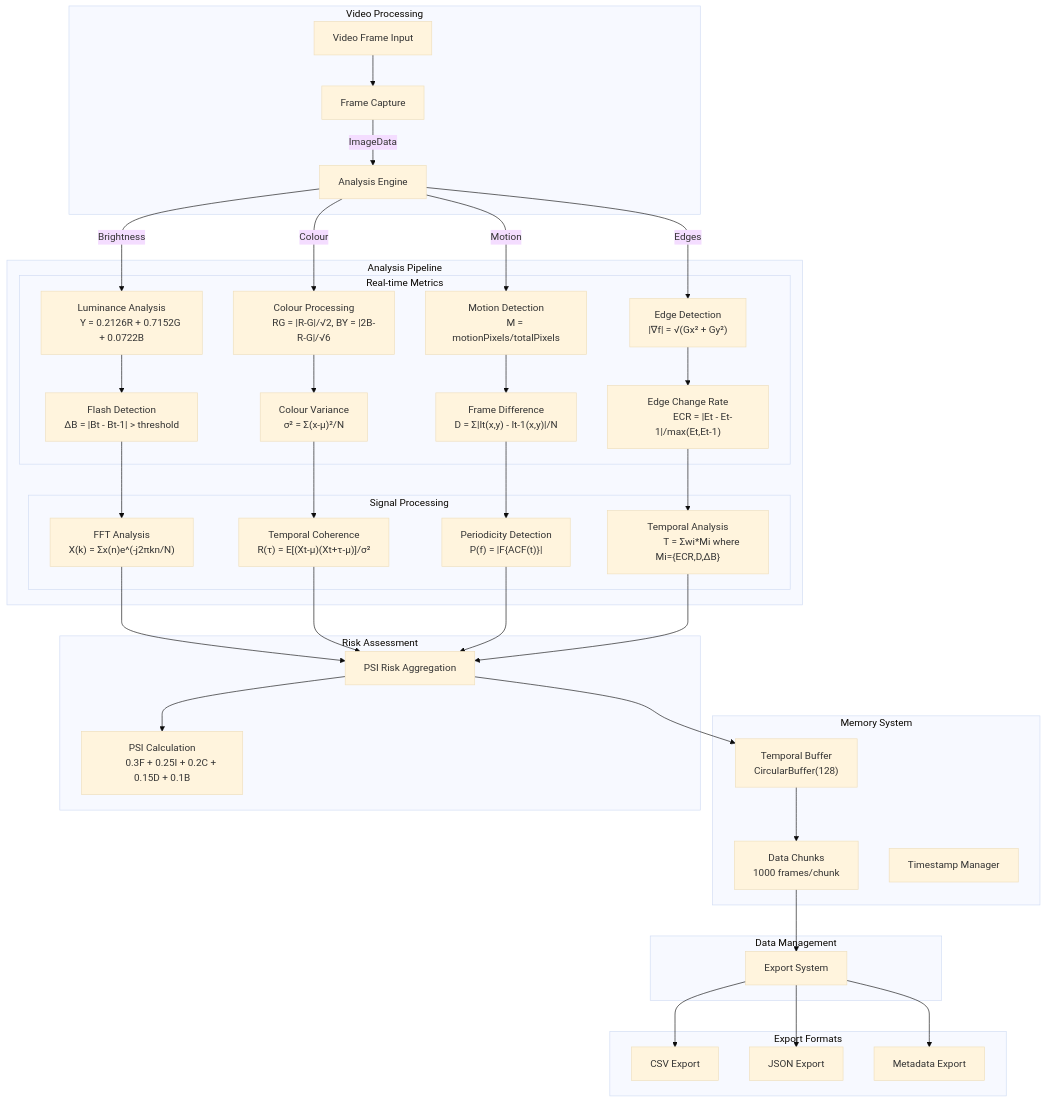
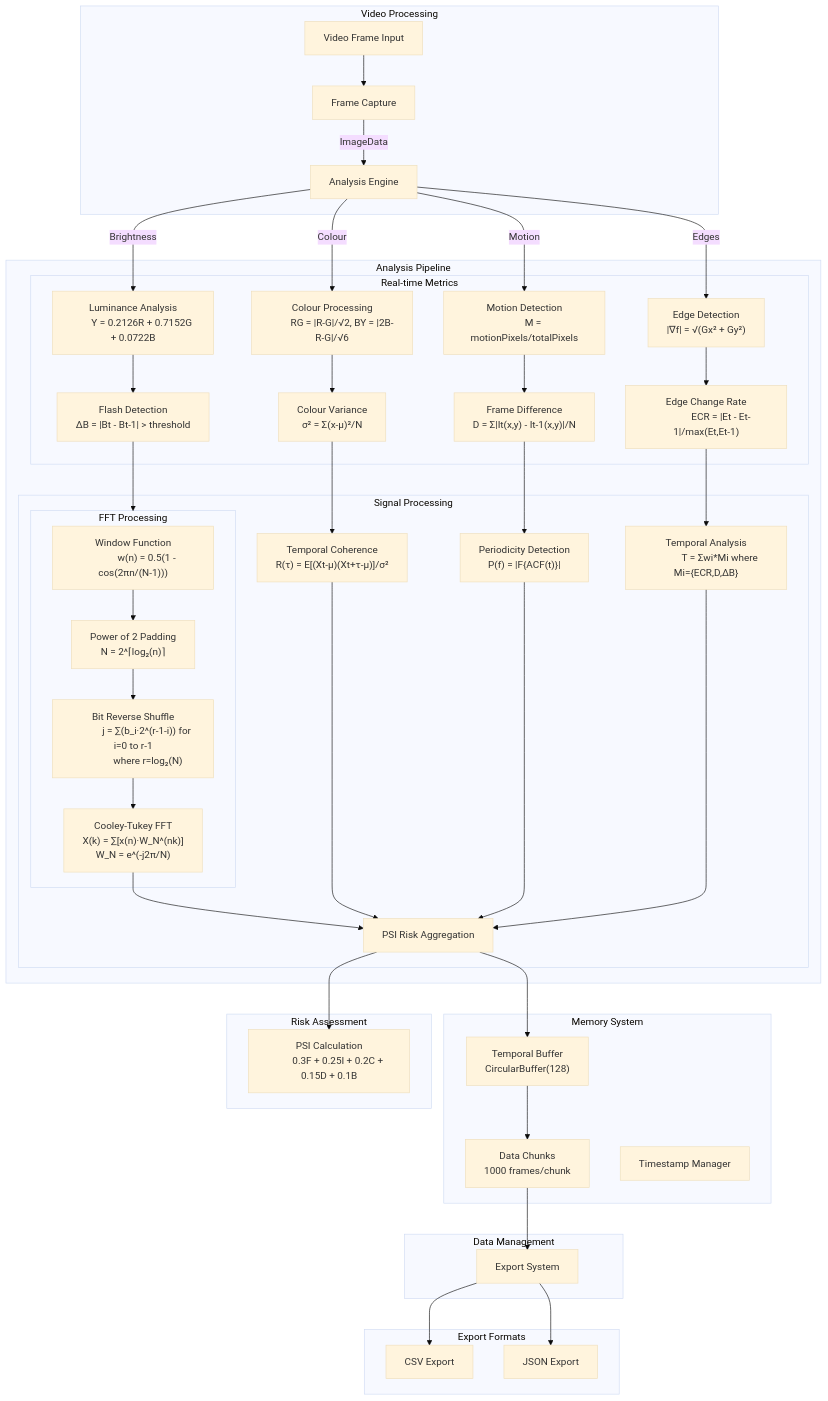
One commit to Pi-0r-Tau/EPI-LENS changed the second of 2 diagrams in README.md. Above: the diagram before and after it, drawn with Mermaid (base theme).

Commit message:
Update README.md
Technical Architecture updated with new FFT algorithm

````diff
--- a/README.md
+++ b/README.md
@@ -303,6 +303,23 @@
         ANA --> |Edges| EDG["Edge Detection
         |∇f| = √(Gx² + Gy²)"]
 
+        subgraph FFT_Implementation [FFT Processing]
+            WIN["Window Function
+            w(n) = 0.5(1 - cos(2πn/(N-1)))"]
+            PTW["Power of 2 Padding
+            N = 2^⌈log₂(n)⌉"]
+            BRS["Bit Reverse Shuffle
+            j = ∑(b_i·2^(r-1-i)) for i=0 to r-1
+            where r=log₂(N)"]
+            CTF["Cooley-Tukey FFT
+            X(k) = ∑[x(n)·W_N^(nk)]
+            W_N = e^(-j2π/N)"]
+            WIN --> PTW
+            PTW --> BRS
+            BRS --> CTF
+            
+        end
+
         subgraph Real_Time_Metrics [Real-time Metrics]
             BRI --> FLA["Flash Detection
             ΔB = |Bt - Bt-1| > threshold"]
@@ -315,14 +332,14 @@
         end
 
         subgraph Signal_Processing [Signal Processing]
-            FLA --> FFT["FFT Analysis
-            X(k) = Σx(n)e^(-j2πkn/N)"]
+            FLA --> FFT_Implementation
             VAR --> COH["Temporal Coherence
             R(τ) = E[(Xt-μ)(Xt+τ-μ)]/σ²"]
             DIF --> PER["Periodicity Detection
             P(f) = |F{ACF(t)}|"]
             CHG --> TMP["Temporal Analysis
             T = Σwi*Mi where Mi={ECR,D,ΔB}"]
+            CTF --> AGG
         end
     end
 
@@ -334,7 +351,7 @@
     end
 
     subgraph Data_Management [Data Management]
-        FFT & COH & PER & TMP --> AGG
+         COH & PER & TMP --> AGG
         AGG --> BUF
         BUF --> CHK
         CHK --> EXP[Export System]
@@ -343,7 +360,6 @@
     subgraph Export_Formats [Export Formats]
         EXP --> CSV[CSV Export]
         EXP --> JSN[JSON Export]
-        EXP --> META[Metadata Export]
     end
 
 ```
````
